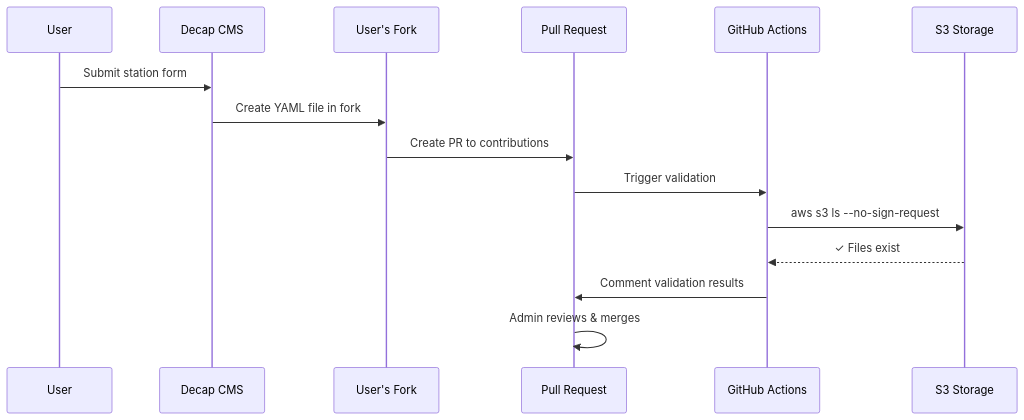
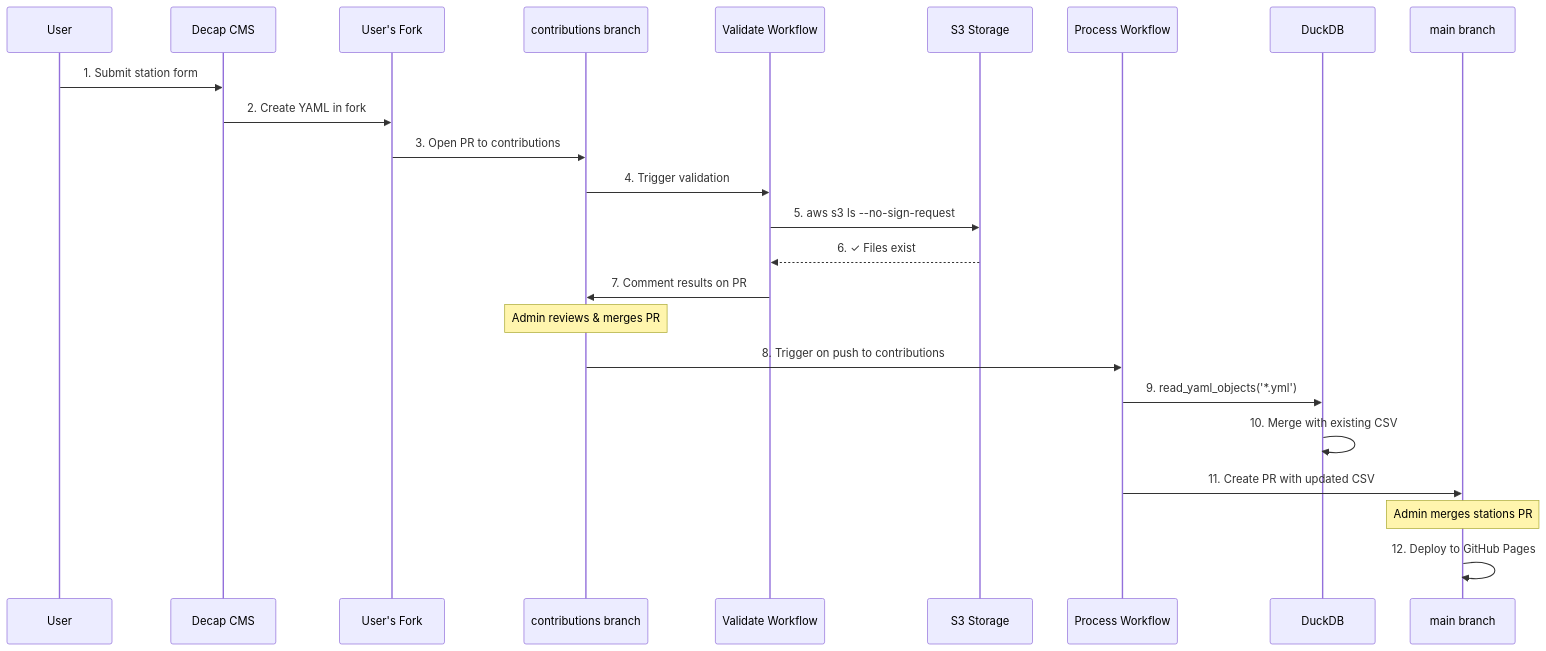
One commit to walkthru-earth/opensensor-space changed the second of 3 diagrams in CONTRIBUTING.md. Above: the diagram before and after it, drawn with Mermaid. The commit also changed other lines of this file, not shown here.

First line of the commit message:
docs: update CONTRIBUTING.md with complete workflow diagrams

````diff
--- a/CONTRIBUTING.md
+++ b/CONTRIBUTING.md
@@ -23,18 +26,27 @@
 ```mermaid
 sequenceDiagram
     participant U as User
     participant CMS as Decap CMS
     participant Fork as User's Fork
-    participant PR as Pull Request
-    participant GH as GitHub Actions
+    participant CB as contributions branch
+    participant VA as Validate Workflow
     participant S3 as S3 Storage
+    participant PA as Process Workflow
+    participant DB as DuckDB
+    participant M as main branch
 
-    U->>CMS: Submit station form
-    CMS->>Fork: Create YAML file in fork
-    Fork->>PR: Create PR to contributions
-    PR->>GH: Trigger validation
-    GH->>S3: aws s3 ls --no-sign-request
-    S3-->>GH: ✓ Files exist
-    GH->>PR: Comment validation results
-    PR->>PR: Admin reviews & merges
+    U->>CMS: 1. Submit station form
+    CMS->>Fork: 2. Create YAML in fork
+    Fork->>CB: 3. Open PR to contributions
+    CB->>VA: 4. Trigger validation
+    VA->>S3: 5. aws s3 ls --no-sign-request
+    S3-->>VA: 6. ✓ Files exist
+    VA->>CB: 7. Comment results on PR
+    Note over CB: Admin reviews & merges PR
+    CB->>PA: 8. Trigger on push to contributions
+    PA->>DB: 9. read_yaml_objects('*.yml')
+    DB->>DB: 10. Merge with existing CSV
+    PA->>M: 11. Create PR with updated CSV
+    Note over M: Admin merges stations PR
+    M->>M: 12. Deploy to GitHub Pages
 ```
````
